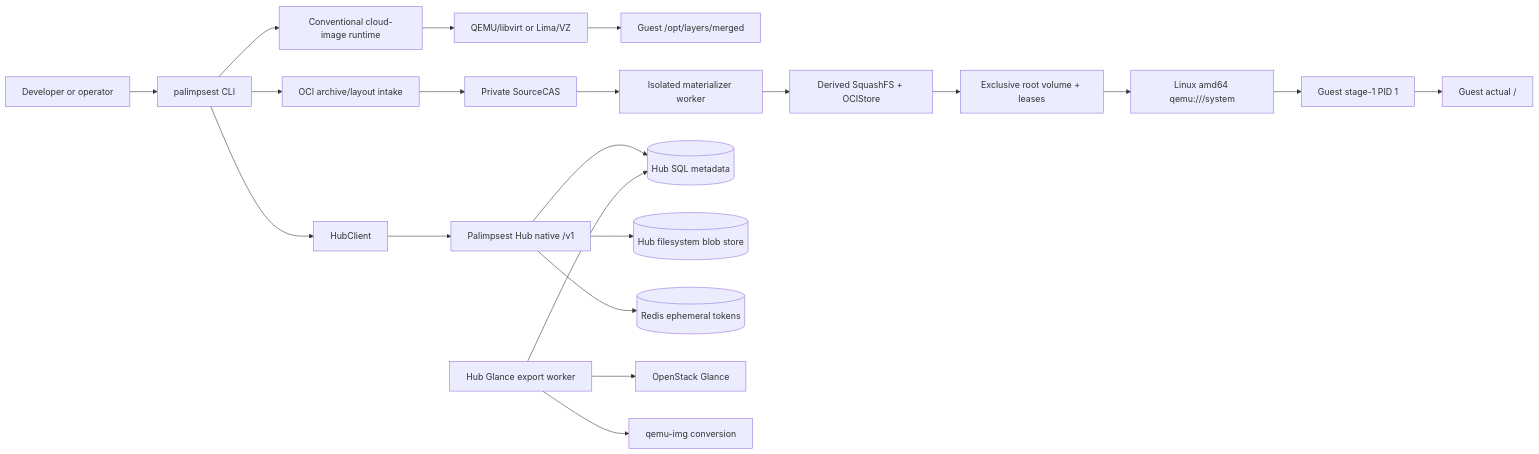
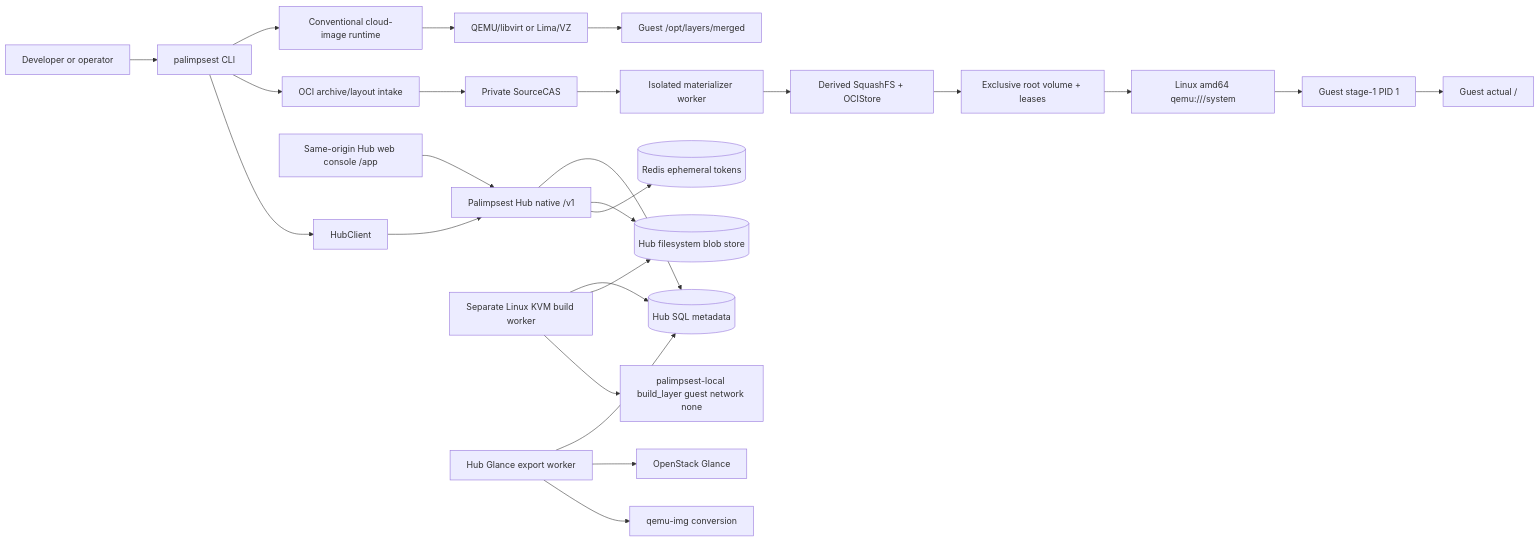
Before and after one commit to openstack-afterglow/palimpsest: the diagram in ARCHITECTURE.md, drawn with Mermaid. The commit also changed other lines of this file and 48 other files, not shown here.

First line of the commit message:
feat(hub): add isolated web build workflow

````diff
--- a/ARCHITECTURE.md
+++ b/ARCHITECTURE.md
@@ -235,25 +238,29 @@
 ```mermaid
 flowchart LR
     user[Developer or operator] --> cli[palimpsest CLI]
     cli --> conventional[Conventional cloud-image runtime]
     conventional --> hypervisor[QEMU/libvirt or Lima/VZ]
     hypervisor --> merged[Guest /opt/layers/merged]
 
     cli --> intake[OCI archive/layout intake]
     intake --> source[Private SourceCAS]
     source --> convert[Isolated materializer worker]
     convert --> derived[Derived SquashFS + OCIStore]
     derived --> rootprep[Exclusive root volume + leases]
     rootprep --> ocihost[Linux amd64 qemu:///system]
     ocihost --> stage1[Guest stage-1 PID 1]
     stage1 --> slash[Guest actual /]
 
+    browser[Same-origin Hub web console /app] --> hubapi
     cli --> hubclient[HubClient]
     hubclient --> hubapi[Palimpsest Hub native /v1]
     hubapi --> hubsql[(Hub SQL metadata)]
     hubapi --> hubblob[(Hub filesystem blob store)]
     hubapi --> hubredis[(Redis ephemeral tokens)]
+    hubbuild[Separate Linux KVM build worker] --> hubsql
+    hubbuild --> hubblob
+    hubbuild --> guestbuild[palimpsest-local build_layer guest network none]
     hubworker[Hub Glance export worker] --> hubsql
     hubworker --> glance[OpenStack Glance]
     hubworker --> qemuimg[qemu-img conversion]
 ```
````
